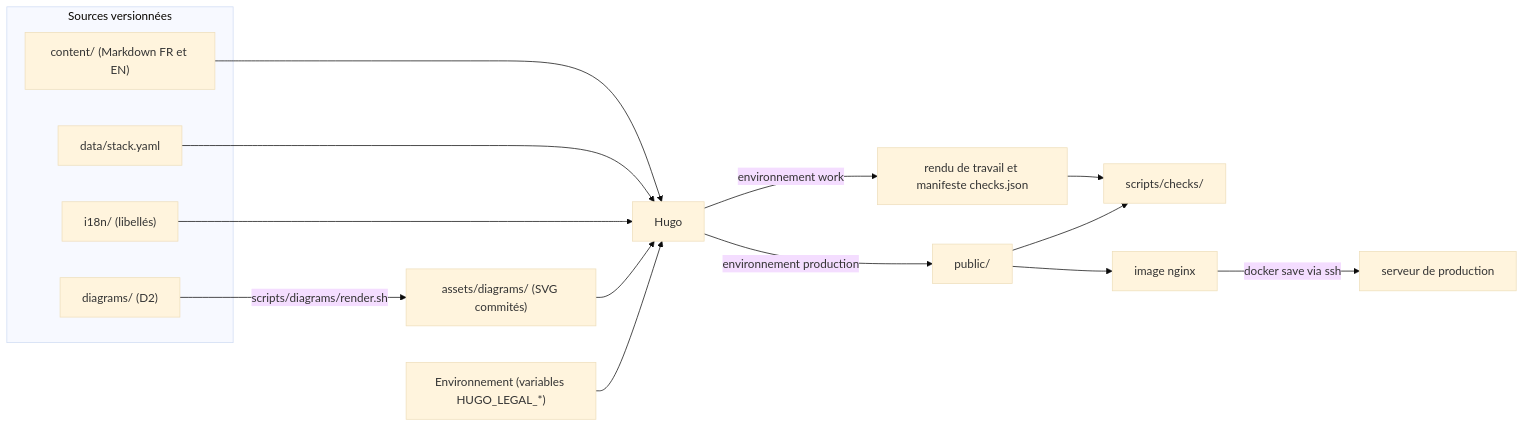
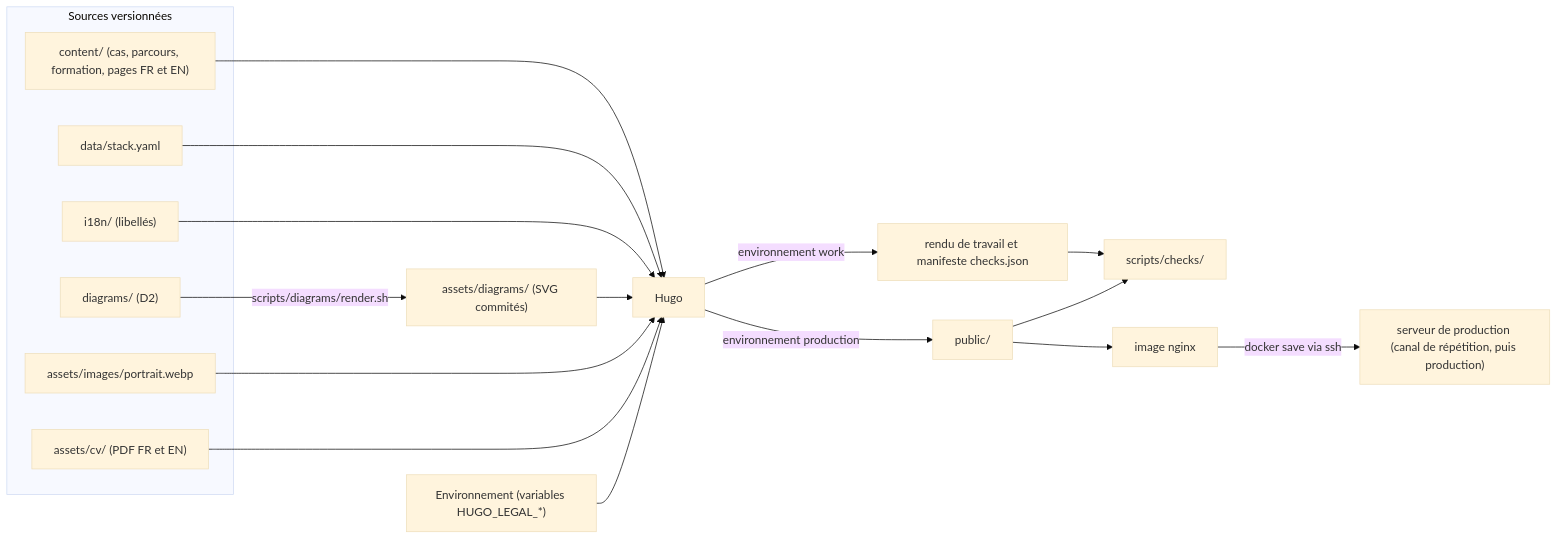
One commit to Eleyone/eleyone.fr changed the first of 3 diagrams in _bmad-output/planning-artifacts/architecture/architecture-eleyone.fr-2026-09-13/ARCHITECTURE-SPINE.md. Above: the diagram before and after it, drawn with Mermaid (base theme). The commit also changed other lines of this file and 14 other files, not shown here.

````diff
--- a/_bmad-output/planning-artifacts/architecture/architecture-eleyone.fr-2026-09-13/ARCHITECTURE-SPINE.md
+++ b/_bmad-output/planning-artifacts/architecture/architecture-eleyone.fr-2026-09-13/ARCHITECTURE-SPINE.md
@@ -35,22 +37,26 @@
 ```mermaid
 flowchart LR
   subgraph SRC[Sources versionnées]
-    C["content/ (Markdown FR et EN)"]
+    C["content/ (cas, parcours, formation, pages FR et EN)"]
     DA["data/stack.yaml"]
     I["i18n/ (libellés)"]
     D["diagrams/ (D2)"]
+    PH["assets/images/portrait.webp"]
+    PDF["assets/cv/ (PDF FR et EN)"]
   end
   ENV["Environnement (variables HUGO_LEGAL_*)"]
   D -->|scripts/diagrams/render.sh| S["assets/diagrams/ (SVG commités)"]
   C --> H[Hugo]
   DA --> H
   I --> H
   S --> H
+  PH --> H
+  PDF --> H
   ENV --> H
   H -->|environnement work| W["rendu de travail et manifeste checks.json"]
   H -->|environnement production| P["public/"]
   W --> K["scripts/checks/"]
   P --> K
   P --> IMG["image nginx"]
-  IMG -->|docker save via ssh| PROD["serveur de production"]
+  IMG -->|docker save via ssh| PROD["serveur de production (canal de répétition, puis production)"]
 ```
````
